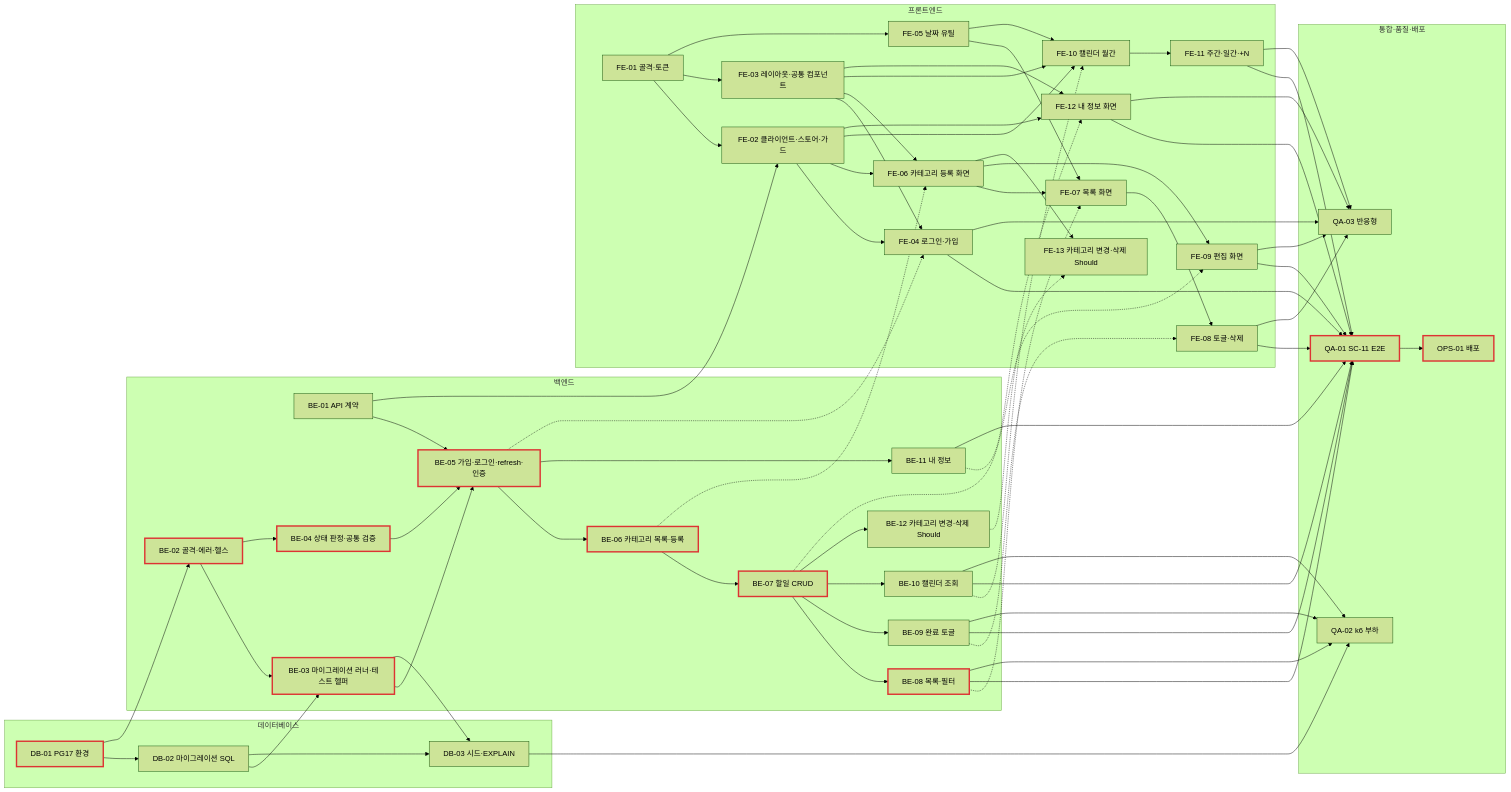
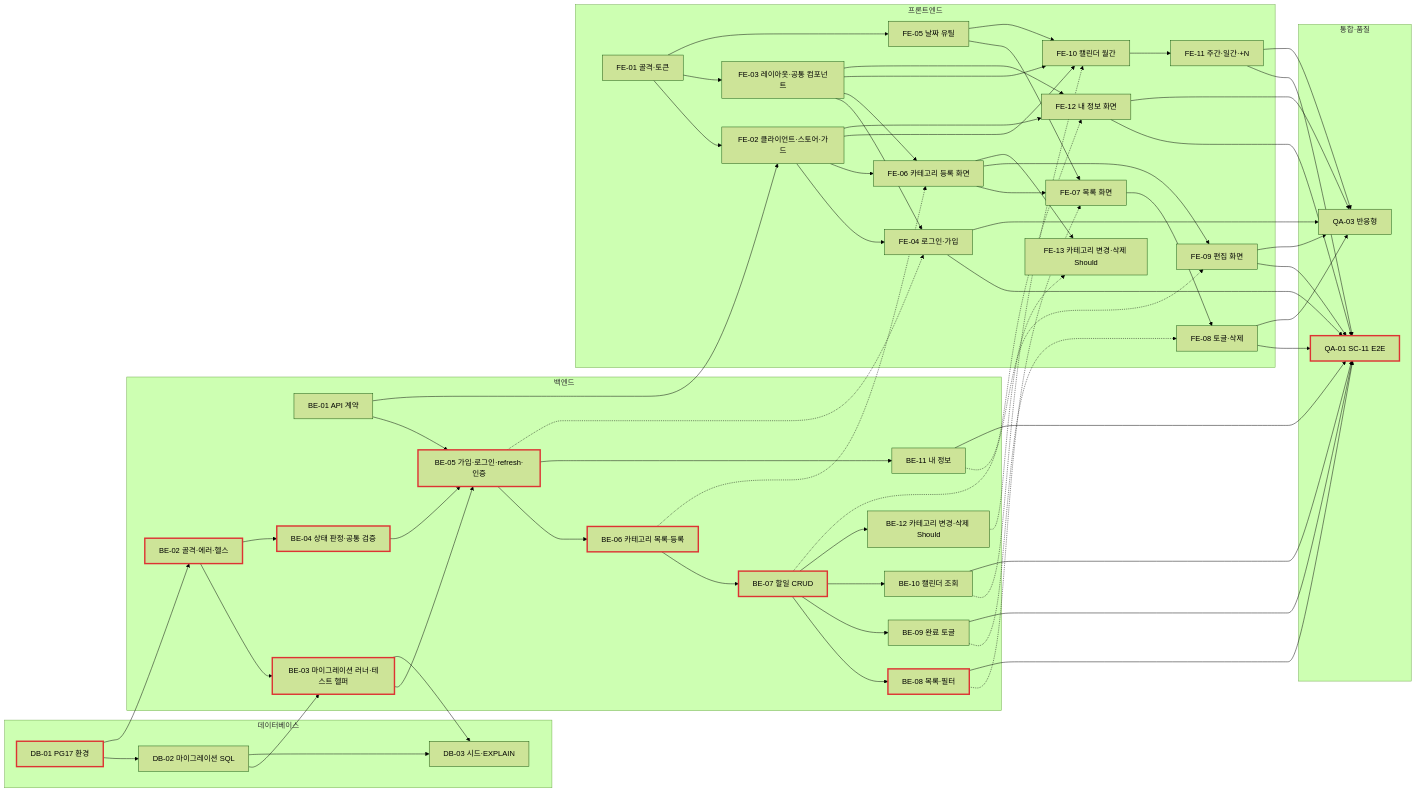
One commit to chaenamo/todolist-app changed the diagram in docs/8-plan.md. Above: the diagram before and after it, drawn with Mermaid (forest theme). The commit also changed other lines of this file and 5 other files, not shown here.

````diff
--- a/docs/8-plan.md
+++ b/docs/8-plan.md
@@ -137,11 +137,9 @@
         FE12["FE-12 내 정보 화면"]
         FE13["FE-13 카테고리 변경·삭제 Should"]
     end
-    subgraph QAL["통합·품질·배포"]
+    subgraph QAL["통합·품질"]
         QA01["QA-01 SC-11 E2E"]
-        QA02["QA-02 k6 부하"]
         QA03["QA-03 반응형"]
-        OPS01["OPS-01 배포"]
     end
 
     DB01 --> DB02
@@ -197,17 +195,12 @@
     FE09 --> QA01
     FE11 --> QA01
     FE12 --> QA01
-    BE08 --> QA02
-    BE09 --> QA02
-    BE10 --> QA02
-    DB03 --> QA02
     FE04 --> QA03
     FE08 --> QA03
     FE09 --> QA03
     FE11 --> QA03
     FE12 --> QA03
-    QA01 --> OPS01
 
     classDef crit stroke:#d33,stroke-width:3px
-    class DB01,BE02,BE03,BE04,BE05,BE06,BE07,BE08,QA01,OPS01 crit
+    class DB01,BE02,BE03,BE04,BE05,BE06,BE07,BE08,QA01 crit
 ```
````
